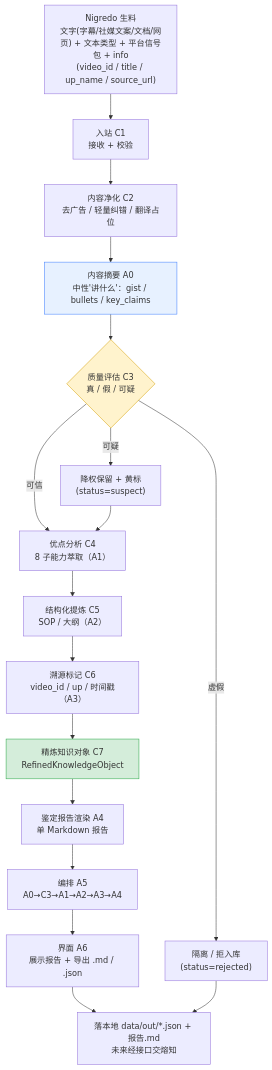
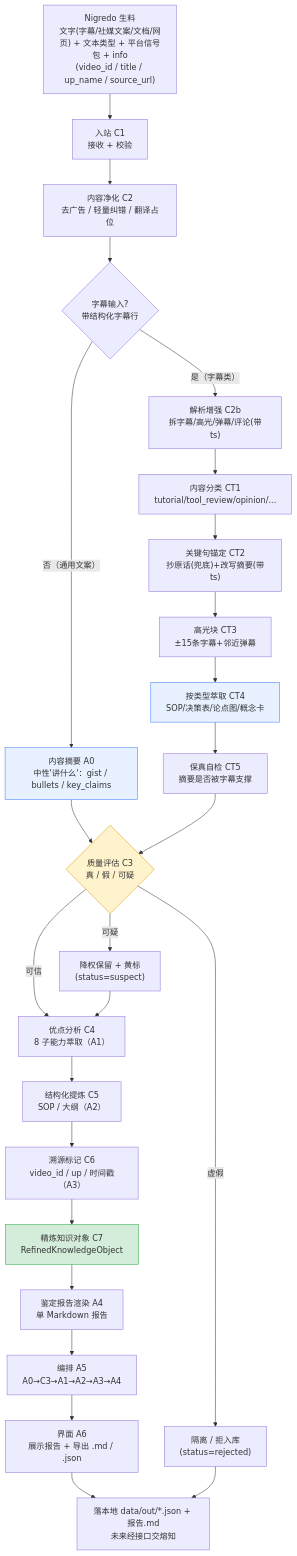
Before and after one commit to shiyao222333-afk/albedo: the diagram in FLOWCHART.md, drawn with Mermaid. The commit also changed other lines of this file and 16 other files, not shown here.

Commit message:
feat(content-track): 字幕内容线——分类/关键句锚定/高光窗口/按类型萃取/保真自检

````diff
--- a/FLOWCHART.md
+++ b/FLOWCHART.md
@@ -11,23 +11,32 @@
 ```mermaid
 flowchart TD
     A["Nigredo 生料<br/>文字(字幕/社媒文案/文档/网页) + 文本类型 + 平台信号包 + info<br/>(video_id / title / up_name / source_url)"] --> B["入站 C1<br/>接收 + 校验"]
     B --> C["内容净化 C2<br/>去广告 / 轻量纠错 / 翻译占位"]
-    C --> A0["内容摘要 A0<br/>中性'讲什么'：gist / bullets / key_claims"]
+    C --> SUB{"字幕输入?<br/>带结构化字幕行"}
+    SUB -->|"否（通用文案）"| A0["内容摘要 A0<br/>中性'讲什么'：gist / bullets / key_claims"]
+    SUB -->|"是（字幕类）"| CT0["解析增强 C2b<br/>拆字幕/高光/弹幕/评论(带ts)"]
+    CT0 --> CT1["内容分类 CT1<br/>tutorial/tool_review/opinion/..."]
+    CT1 --> CT2["关键句锚定 CT2<br/>抄原话(兜底)+改写摘要(带ts)"]
+    CT2 --> CT3["高光块 CT3<br/>±15条字幕+邻近弹幕"]
+    CT3 --> CT4["按类型萃取 CT4<br/>SOP/决策表/论点图/概念卡"]
+    CT4 --> CT5["保真自检 CT5<br/>摘要是否被字幕支撑"]
     A0 --> D{"质量评估 C3<br/>真 / 假 / 可疑"}
+    CT5 --> D
     D -->|"虚假"| E["隔离 / 拒入库<br/>(status=rejected)"]
     D -->|"可疑"| F["降权保留 + 黄标<br/>(status=suspect)"]
     D -->|"可信"| G["优点分析 C4<br/>8 子能力萃取（A1）"]
     F --> G
     G --> H["结构化提炼 C5<br/>SOP / 大纲（A2）"]
     H --> I["溯源标记 C6<br/>video_id / up / 时间戳（A3）"]
     I --> J["精炼知识对象 C7<br/>RefinedKnowledgeObject"]
     J --> R["鉴定报告渲染 A4<br/>单 Markdown 报告"]
     R --> AS["编排 A5<br/>A0→C3→A1→A2→A3→A4"]
     AS --> UI["界面 A6<br/>展示报告 + 导出 .md / .json"]
     UI --> K["落本地 data/out/*.json + 报告.md<br/>未来经接口交熔知"]
     E --> K
 
     style D fill:#fff3cd,stroke:#d39e00
     style J fill:#d4edda,stroke:#28a745
     style A0 fill:#e7f1ff,stroke:#3d7eff
+    style CT4 fill:#e7f1ff,stroke:#3d7eff
 ```
````
